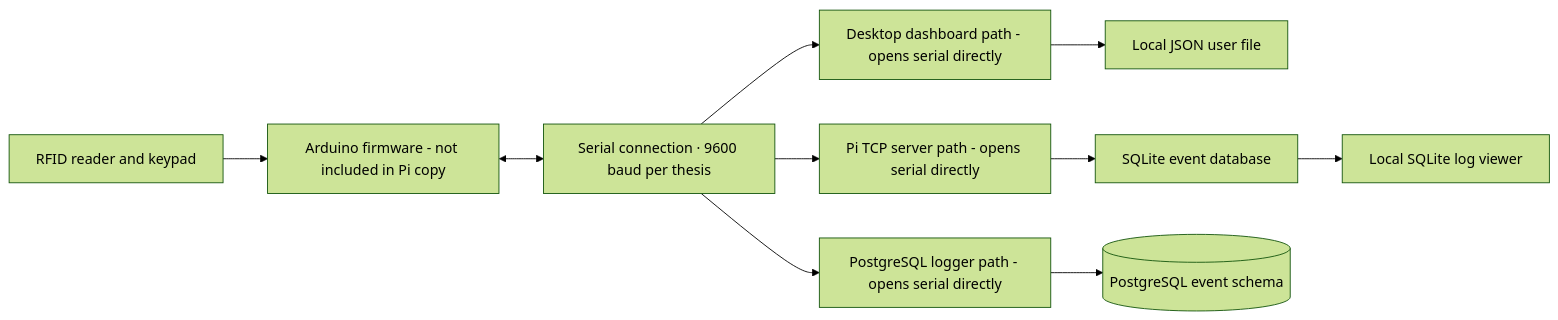
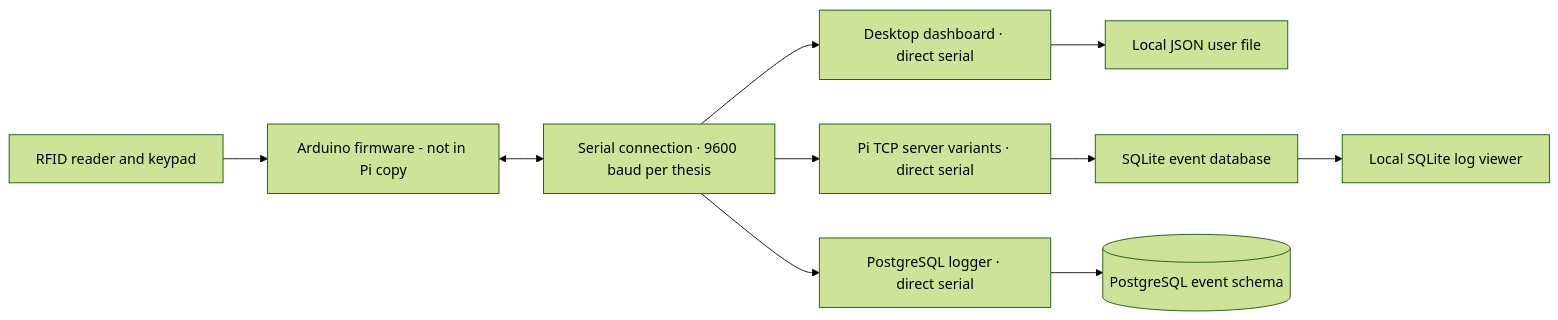
One commit to davidnserrano2-cmd/davidnserrano2-cmd.github.io changed the diagram in docs/CURRENT_STATE.md. Above: the diagram before and after it, drawn with Mermaid (forest theme). The commit also changed other lines of this file, not shown here.

````diff
--- a/docs/CURRENT_STATE.md
+++ b/docs/CURRENT_STATE.md
@@ -21,12 +23,12 @@
 ```mermaid
 flowchart LR
-    HW[RFID reader and keypad] --> ARD[Arduino firmware - not included in Pi copy]
+    HW[RFID reader and keypad] --> ARD[Arduino firmware - not in Pi copy]
     ARD <--> SER[Serial connection · 9600 baud per thesis]
-    SER --> DESK[Desktop dashboard path - opens serial directly]
-    SER --> TCP[Pi TCP server path - opens serial directly]
-    SER --> PG[PostgreSQL logger path - opens serial directly]
+    SER --> DESK[Desktop dashboard · direct serial]
+    SER --> TCP[Pi TCP server variants · direct serial]
+    SER --> PG[PostgreSQL logger · direct serial]
     DESK --> JSON[Local JSON user file]
     TCP --> SQLITE[SQLite event database]
     SQLITE --> VIEW[Local SQLite log viewer]
     PG --> POSTGRES[(PostgreSQL event schema)]
 ```
````
